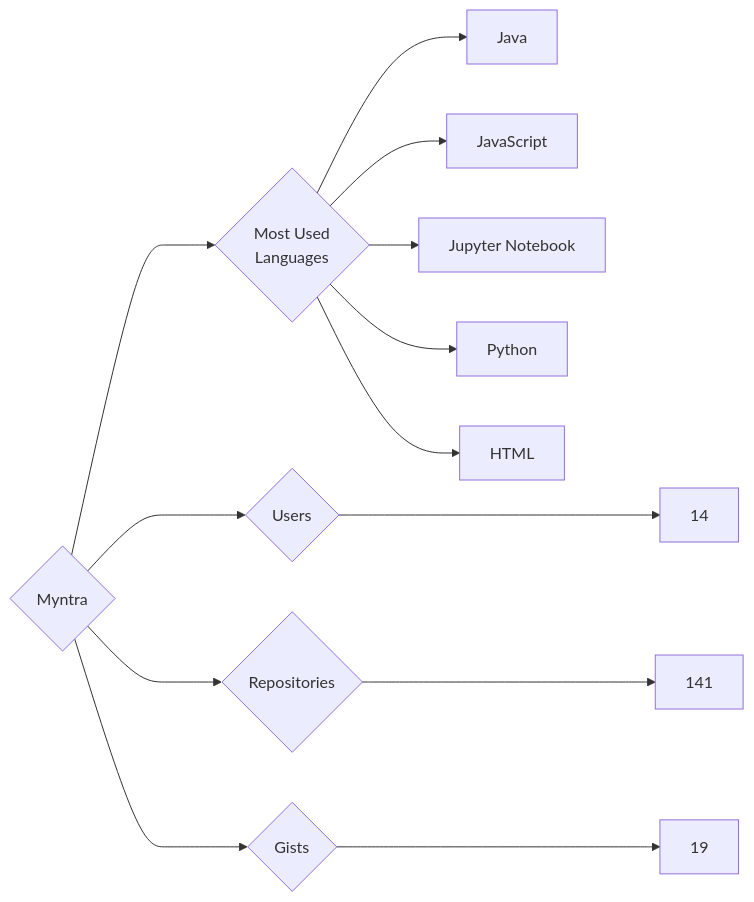
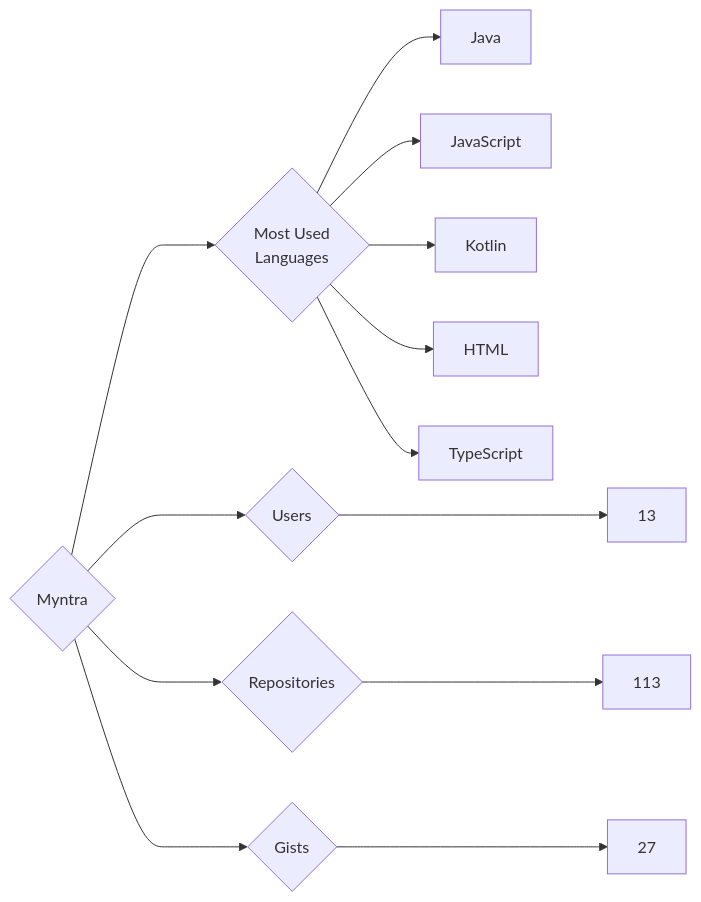
One commit to trickest/insiders changed the diagram in targets/Myntra/README.md. Above: the diagram before and after it, drawn with Mermaid. The commit also changed 1389 other files, not shown here.

````diff
--- a/targets/Myntra/README.md
+++ b/targets/Myntra/README.md
@@ -3,13 +3,13 @@
 ```mermaid
 graph LR
 COMPANY_NAME{Myntra}
-COMPANY_NAME ---> U{Users} ---> UN[14]
-COMPANY_NAME ---> R{Repositories} ---> RN[141]
-COMPANY_NAME ---> G{Gists} ---> GN[19]
+COMPANY_NAME ---> U{Users} ---> UN[13]
+COMPANY_NAME ---> R{Repositories} ---> RN[113]
+COMPANY_NAME ---> G{Gists} ---> GN[27]
 COMPANY_NAME ---> ML{Most Used<br>Languages}
 ML --> Java[Java]
 ML --> JavaScript[JavaScript]
-ML --> Jupyter_Notebook[Jupyter Notebook]
-ML --> Python[Python]
+ML --> Kotlin[Kotlin]
 ML --> HTML[HTML]
+ML --> TypeScript[TypeScript]
 ```
````
